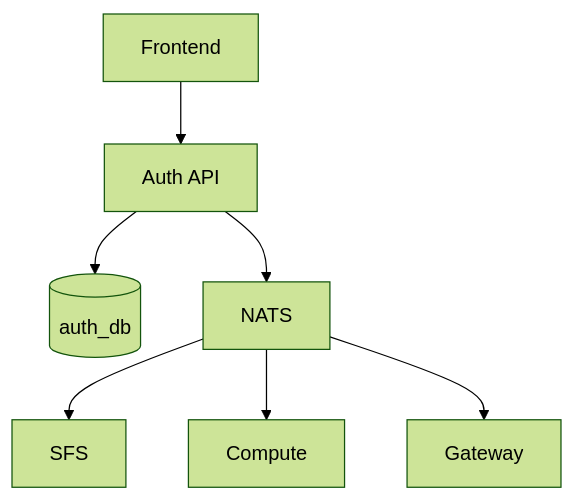
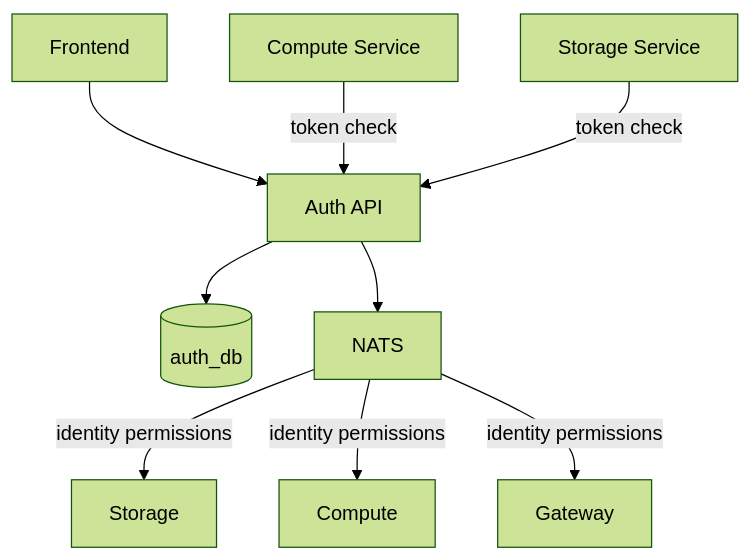
Before and after one commit to EddisonSo/cloud: the diagram in edd-cloud-docs/docs/services/auth.md, drawn with Mermaid (forest theme). The commit also changed other lines of this file, not shown here.

Commit message:
docs(auth): document access control, API tokens, and service accounts

````diff
--- a/edd-cloud-docs/docs/services/auth.md
+++ b/edd-cloud-docs/docs/services/auth.md
@@ -18,10 +21,13 @@
 ```mermaid
 flowchart TB
     Frontend[Frontend] --> Auth[Auth API]
+    Compute[Compute Service] -->|token check| Auth
+    Storage[Storage Service] -->|token check| Auth
+
     Auth --> DB[(auth_db)]
     Auth --> NATS[NATS]
 
-    NATS --> SFS[SFS]
-    NATS --> Compute[Compute]
-    NATS --> Gateway[Gateway]
+    NATS -->|identity permissions| SFS[Storage]
+    NATS -->|identity permissions| Compute2[Compute]
+    NATS -->|identity permissions| Gateway[Gateway]
 ```
````
